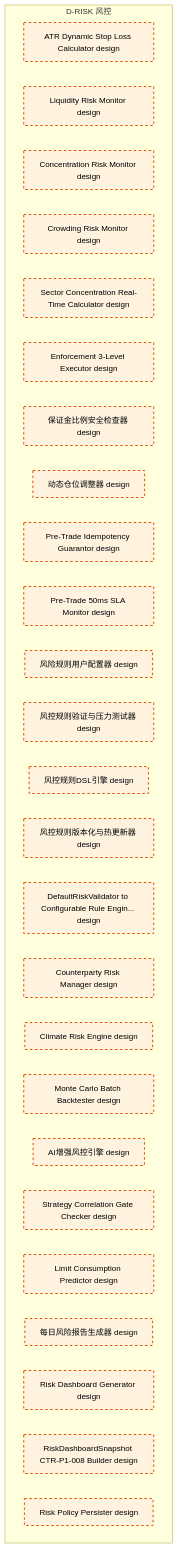
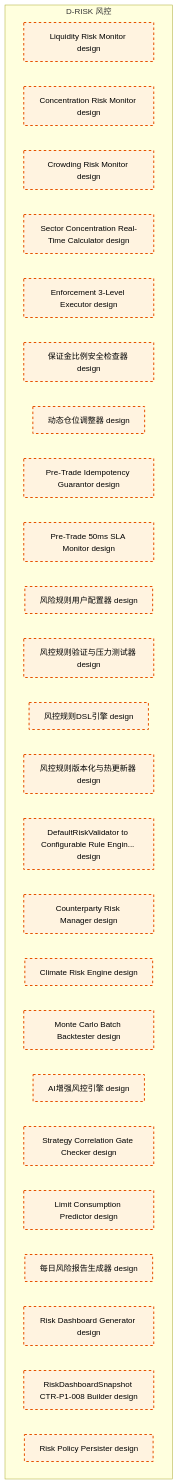
Before and after one commit to xuanFelixVan/ZephyrAlpha: diagram 26 of 26 in docs/02_enterprise_architecture/02_domain_architecture_docs/36_d_risk.md, drawn with Mermaid. The commit also changed other lines of this file and 187 other files, not shown here.

````diff
--- a/docs/02_enterprise_architecture/02_domain_architecture_docs/36_d_risk.md
+++ b/docs/02_enterprise_architecture/02_domain_architecture_docs/36_d_risk.md
@@ -3151,35 +3150,34 @@
 ```mermaid
 graph TD
     subgraph D_RISK["D-RISK 风控"]
-        D_RISK_64["ATR Dynamic Stop Loss Calculator design"]
         D_RISK_08["Liquidity Risk Monitor design"]
         D_RISK_13["Concentration Risk Monitor design"]
         D_RISK_18["Crowding Risk Monitor design"]
         D_RISK_63["Sector Concentration Real-Time Calculator design"]
         D_RISK_70["Enforcement 3-Level Executor design"]
         D_RISK_97["保证金比例安全检查器 design"]
         D_RISK_99["动态仓位调整器 design"]
         D_RISK_53["Pre-Trade Idempotency Guarantor design"]
         D_RISK_78["Pre-Trade 50ms SLA Monitor design"]
         D_RISK_105["风险规则用户配置器 design"]
         D_RISK_109["风控规则验证与压力测试器 design"]
         D_RISK_113["风控规则DSL引擎 design"]
         D_RISK_117["风控规则版本化与热更新器 design"]
         D_RISK_86["DefaultRiskValidator to Configurable Rule Engin... design"]
         D_RISK_09["Counterparty Risk Manager design"]
         D_RISK_19["Climate Risk Engine design"]
         D_RISK_48["Monte Carlo Batch Backtester design"]
         D_RISK_95["AI增强风控引擎 design"]
         D_RISK_92["Strategy Correlation Gate Checker design"]
         D_RISK_25["Limit Consumption Predictor design"]
         D_RISK_101["每日风险报告生成器 design"]
         D_RISK_22["Risk Dashboard Generator design"]
         D_RISK_90["RiskDashboardSnapshot CTR-P1-008 Builder design"]
         D_RISK_49["Risk Policy Persister design"]
     end
     classDef production fill:#e1f5fe,stroke:#01579b,stroke-width:2px,color:#000
     classDef design fill:#fff3e0,stroke:#e65100,stroke-width:2px,color:#000,stroke-dasharray: 5 5
     classDef external_prod fill:#e8f5e9,stroke:#1b5e20,stroke-width:1px,color:#000
     classDef external_design fill:#fce4ec,stroke:#880e4f,stroke-width:1px,color:#000,stroke-dasharray: 5 5
-    class D_RISK_64,D_RISK_08,D_RISK_13,D_RISK_18,D_RISK_63,D_RISK_70,D_RISK_97,D_RISK_99,D_RISK_53,D_RISK_78,D_RISK_105,D_RISK_109,D_RISK_113,D_RISK_117,D_RISK_86,D_RISK_09,D_RISK_19,D_RISK_48,D_RISK_95,D_RISK_92,D_RISK_25,D_RISK_101,D_RISK_22,D_RISK_90,D_RISK_49 design
+    class D_RISK_08,D_RISK_13,D_RISK_18,D_RISK_63,D_RISK_70,D_RISK_97,D_RISK_99,D_RISK_53,D_RISK_78,D_RISK_105,D_RISK_109,D_RISK_113,D_RISK_117,D_RISK_86,D_RISK_09,D_RISK_19,D_RISK_48,D_RISK_95,D_RISK_92,D_RISK_25,D_RISK_101,D_RISK_22,D_RISK_90,D_RISK_49 design
 ```
````
